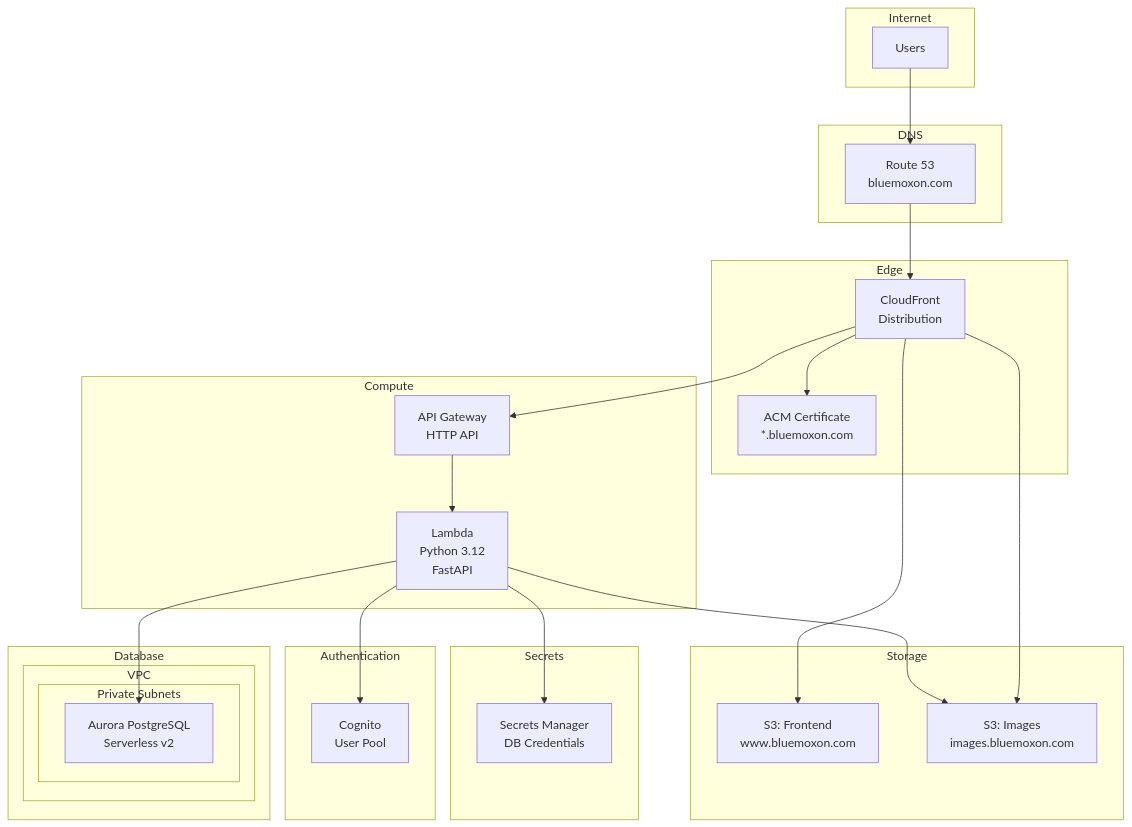
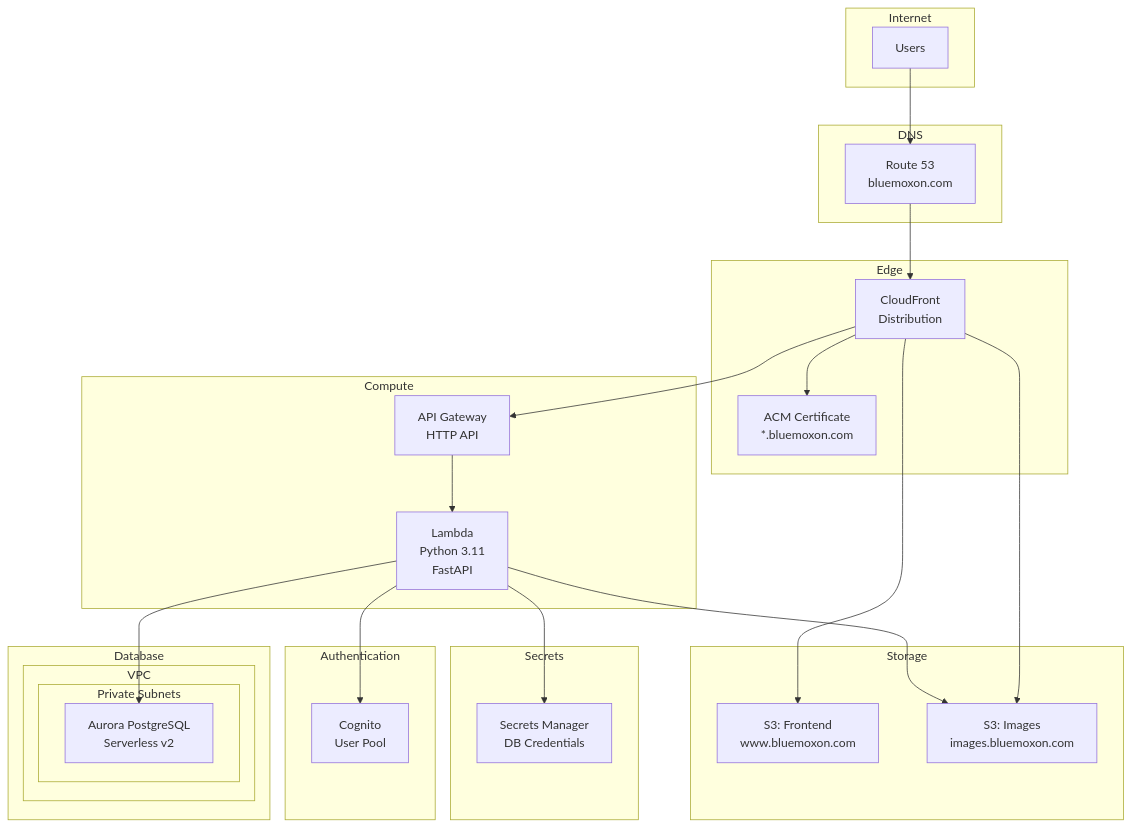
One commit to markthebest12/bluemoxon changed the fifth of 8 diagrams in docs/ARCHITECTURE_DIAGRAMS.md. Above: the diagram before and after it, drawn with Mermaid. The commit also changed 1 other file, not shown here.

Commit message:
Fix documentation: Python version and name origin
- ARCHITECTURE_DIAGRAMS.md: Fix Lambda runtime (3.12 → 3.11)
- README.md: Correct name origin to Joseph Moxon (1627-1691)

🤖 Generated with [Claude Code](https://claude.com/claude-code)

````diff
--- a/docs/ARCHITECTURE_DIAGRAMS.md
+++ b/docs/ARCHITECTURE_DIAGRAMS.md
@@ -158,53 +158,53 @@
 ```mermaid
 flowchart TB
     subgraph Internet["Internet"]
         User["Users"]
     end
 
     subgraph Route53["DNS"]
         DNS["Route 53<br/>bluemoxon.com"]
     end
 
     subgraph Edge["Edge"]
         CF["CloudFront<br/>Distribution"]
         ACM["ACM Certificate<br/>*.bluemoxon.com"]
     end
 
     subgraph Storage["Storage"]
         S3F["S3: Frontend<br/>www.bluemoxon.com"]
         S3I["S3: Images<br/>images.bluemoxon.com"]
     end
 
     subgraph Compute["Compute"]
         APIGW["API Gateway<br/>HTTP API"]
-        Lambda["Lambda<br/>Python 3.12<br/>FastAPI"]
+        Lambda["Lambda<br/>Python 3.11<br/>FastAPI"]
     end
 
     subgraph Auth["Authentication"]
         Cognito["Cognito<br/>User Pool"]
     end
 
     subgraph Database["Database"]
         subgraph VPC["VPC"]
             subgraph Private["Private Subnets"]
                 Aurora["Aurora PostgreSQL<br/>Serverless v2"]
             end
         end
     end
 
     subgraph Secrets["Secrets"]
         SM["Secrets Manager<br/>DB Credentials"]
     end
 
     User --> DNS
     DNS --> CF
     CF --> ACM
     CF --> S3F
     CF --> S3I
     CF --> APIGW
     APIGW --> Lambda
     Lambda --> Aurora
     Lambda --> S3I
     Lambda --> Cognito
     Lambda --> SM
 ```
````
